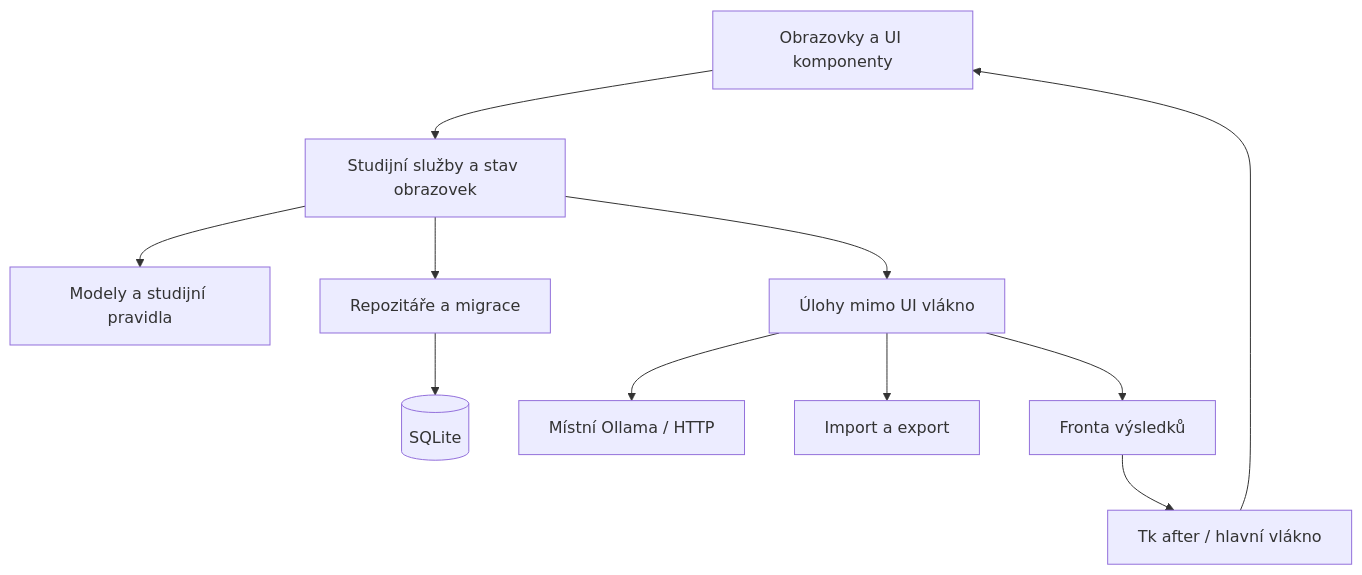
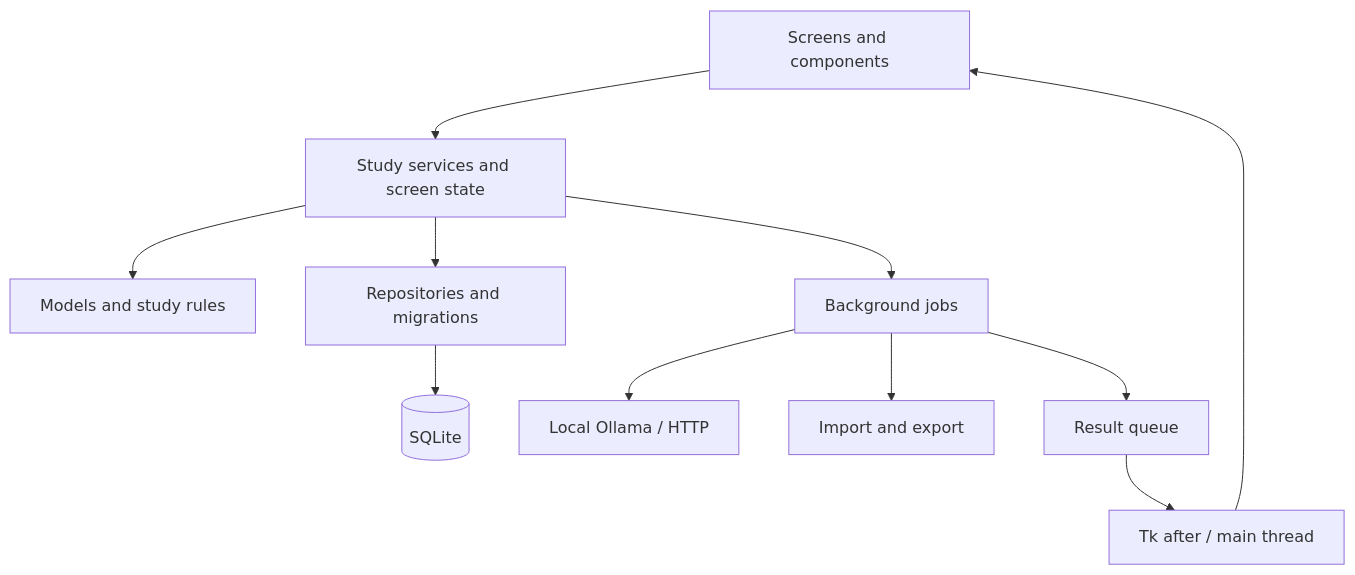
The diagram in docs/PLANNED_ARCHITECTURE.md (turcinv/SOSkuska), drawn with Mermaid before and after one commit. The commit also changed other lines of this file and 54 other files, not shown here.

````diff
--- a/docs/PLANNED_ARCHITECTURE.md
+++ b/docs/PLANNED_ARCHITECTURE.md
@@ -16,13 +15,13 @@
 ```mermaid
 flowchart TD
-    UI[Obrazovky a UI komponenty] --> Services[Studijní služby a stav obrazovek]
-    Services --> Domain[Modely a studijní pravidla]
-    Services --> Repos[Repozitáře a migrace]
+    UI[Screens and components] --> Services[Study services and screen state]
+    Services --> Domain[Models and study rules]
+    Services --> Repos[Repositories and migrations]
     Repos --> DB[(SQLite)]
-    Services --> Jobs[Úlohy mimo UI vlákno]
-    Jobs --> Ollama[Místní Ollama / HTTP]
-    Jobs --> Files[Import a export]
-    Jobs --> Queue[Fronta výsledků]
-    Queue --> Main[Tk after / hlavní vlákno]
+    Services --> Jobs[Background jobs]
+    Jobs --> Ollama[Local Ollama / HTTP]
+    Jobs --> Files[Import and export]
+    Jobs --> Queue[Result queue]
+    Queue --> Main[Tk after / main thread]
     Main --> UI
 ```
````
